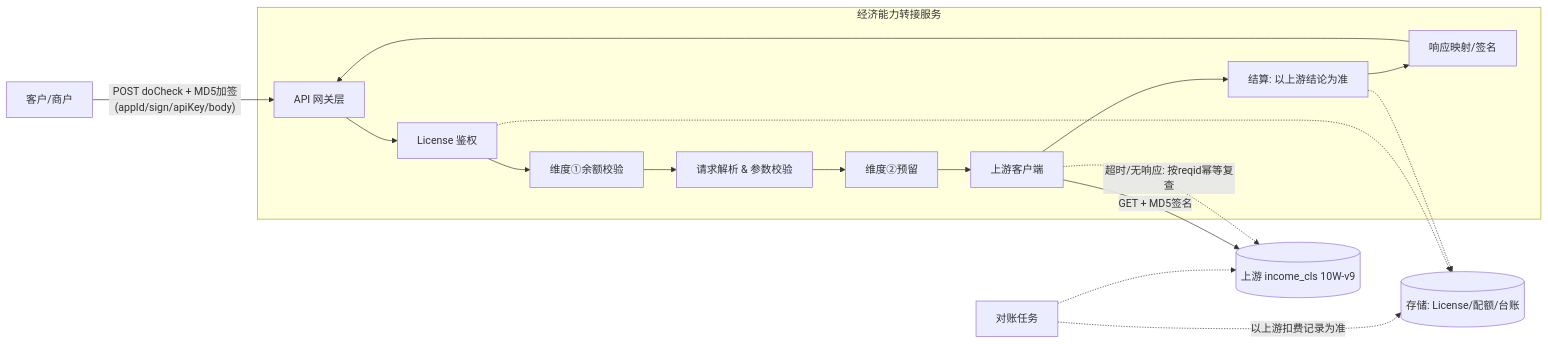
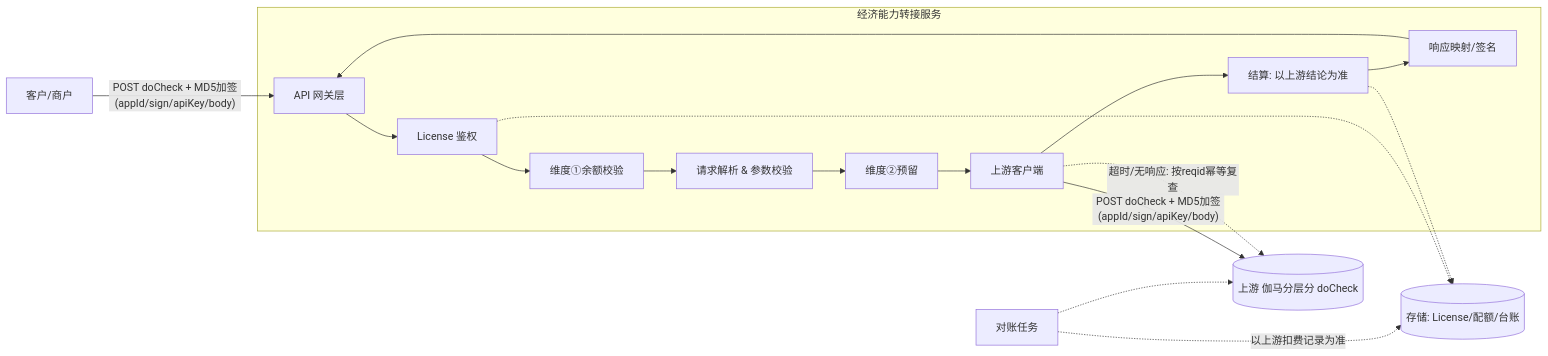
One commit to YunChen1227/DataHub changed the first of 3 diagrams in docs/DESIGN.md. Above: the diagram before and after it, drawn with Mermaid. The commit also changed other lines of this file and 54 other files, not shown here.

````diff
--- a/docs/DESIGN.md
+++ b/docs/DESIGN.md
@@ -69,23 +69,23 @@
 ```mermaid
 flowchart LR
     Client[客户/商户] -->|"POST doCheck + MD5加签(appId/sign/apiKey/body)"| GW[API 网关层]
 
     subgraph Service[经济能力转接服务]
         GW --> Auth[License 鉴权]
         Auth --> Q1[维度①余额校验]
         Q1 --> Parse[请求解析 & 参数校验]
         Parse --> Q2res[维度②预留]
         Q2res --> UC[上游客户端]
         UC --> Settle[结算: 以上游结论为准]
         Settle --> Map[响应映射/签名]
         Map --> GW
     end
 
-    UC -->|GET + MD5签名| Upstream[(上游 income_cls 10W-v9)]
+    UC -->|"POST doCheck + MD5加签(appId/sign/apiKey/body)"| Upstream[(上游 伽马分层分 doCheck)]
     UC -.->|超时/无响应: 按reqid幂等复查| Upstream
 
     Auth -.-> DB[(存储: License/配额/台账)]
     Settle -.-> DB
     Recon[对账任务] -.->|以上游扣费记录为准| DB
     Recon -.-> Upstream
 ```
````
